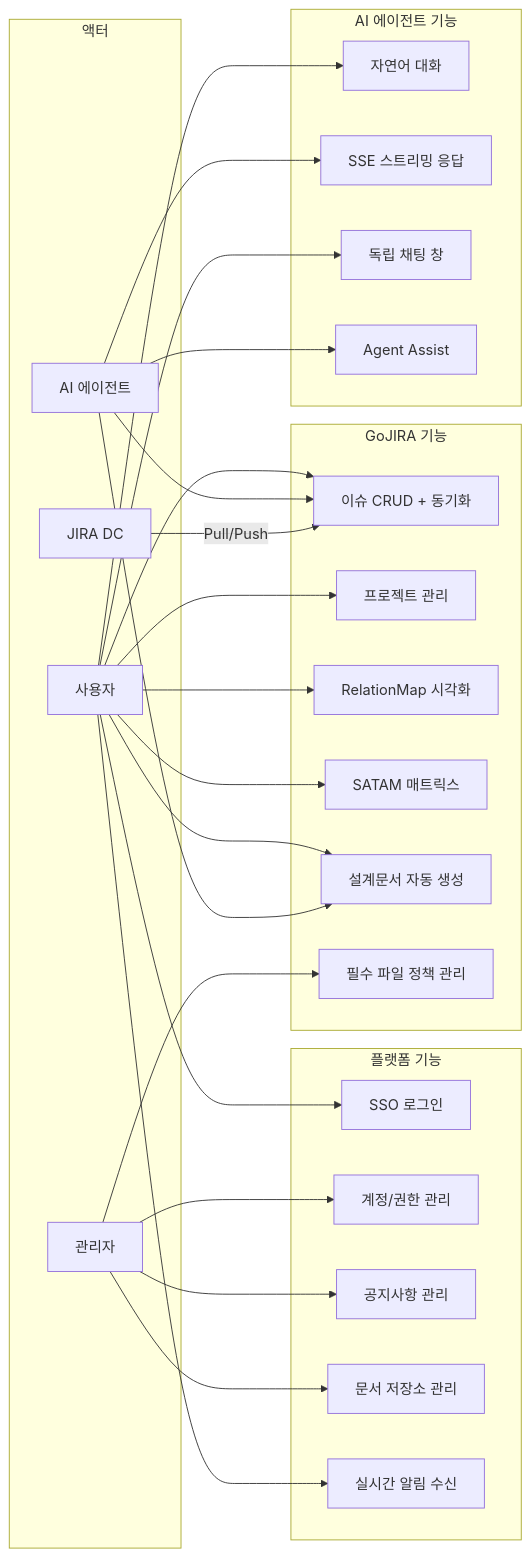
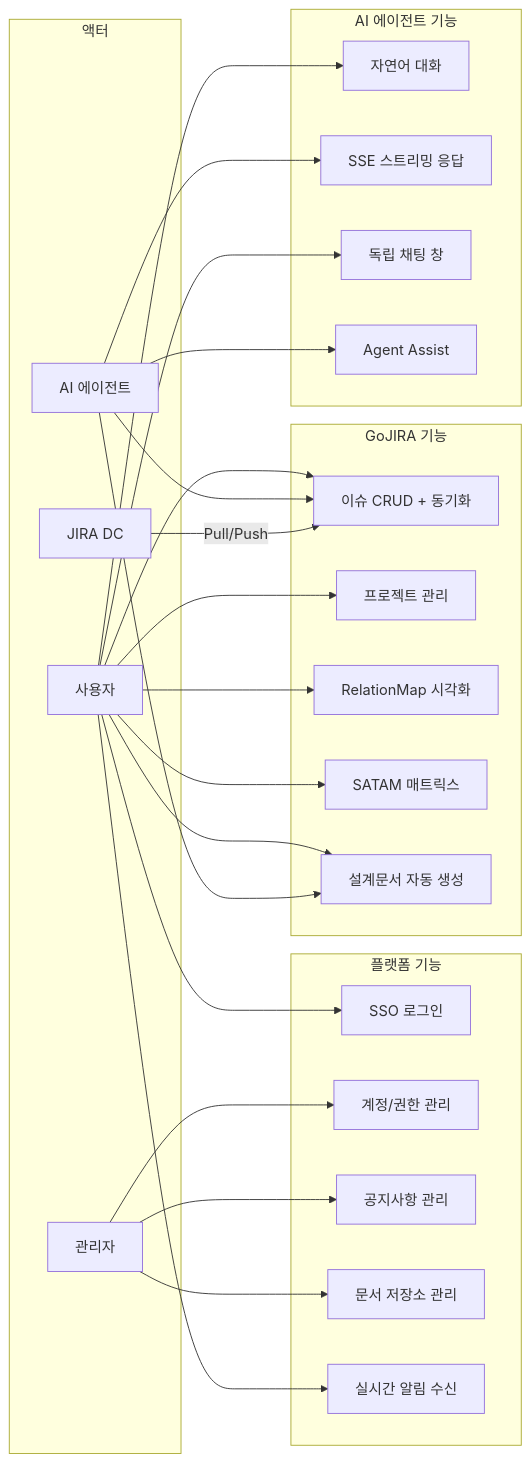
One commit to archi-duke/GoJIRA changed the third of 7 diagrams in docs/requirements.md. Above: the diagram before and after it, drawn with Mermaid. The commit also changed other lines of this file and 6 other files, not shown here.

````diff
--- a/docs/requirements.md
+++ b/docs/requirements.md
@@ -102,56 +102,54 @@
 ```mermaid
 graph LR
     subgraph 액터
         U[사용자]
         A[관리자]
         AG[AI 에이전트]
         J[JIRA DC]
     end
 
     subgraph 플랫폼 기능
         UC01[SSO 로그인]
         UC02[계정/권한 관리]
         UC03[공지사항 관리]
         UC04[문서 저장소 관리]
         UC05[실시간 알림 수신]
     end
 
     subgraph GoJIRA 기능
         UC06[이슈 CRUD + 동기화]
         UC07[프로젝트 관리]
         UC08[RelationMap 시각화]
         UC09[SATAM 매트릭스]
         UC10[설계문서 자동 생성]
-        UC11[필수 파일 정책 관리]
     end
 
     subgraph AI 에이전트 기능
-        UC12[자연어 대화]
-        UC13[SSE 스트리밍 응답]
-        UC14[독립 채팅 창]
-        UC15[Agent Assist]
+        UC11[자연어 대화]
+        UC12[SSE 스트리밍 응답]
+        UC13[독립 채팅 창]
+        UC14[Agent Assist]
     end
 
     U --> UC01
     U --> UC06
     U --> UC07
     U --> UC08
     U --> UC09
     U --> UC10
-    U --> UC12
-    U --> UC14
+    U --> UC11
+    U --> UC13
 
     A --> UC02
     A --> UC03
     A --> UC04
-    A --> UC11
 
     AG --> UC06
     AG --> UC10
-    AG --> UC13
-    AG --> UC15
+    AG --> UC12
+    AG --> UC14
 
     J -->|Pull/Push| UC06
 
     U --> UC05
 ```
````
